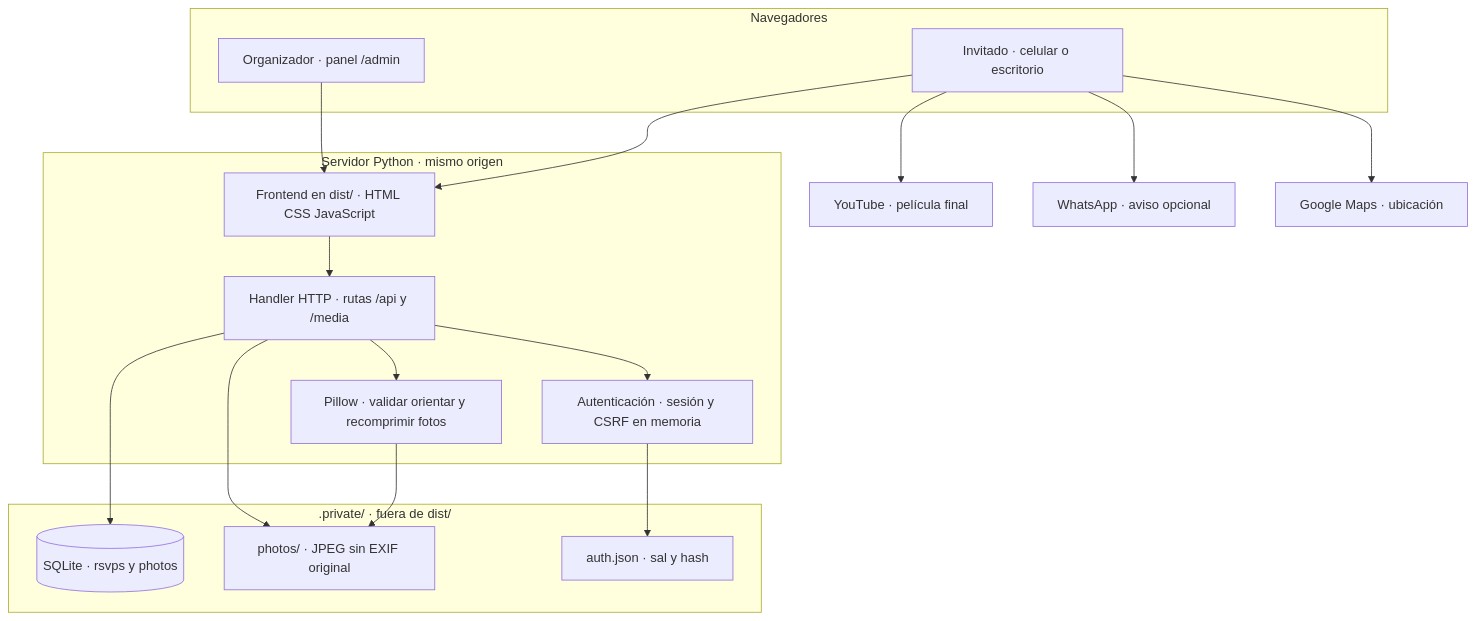
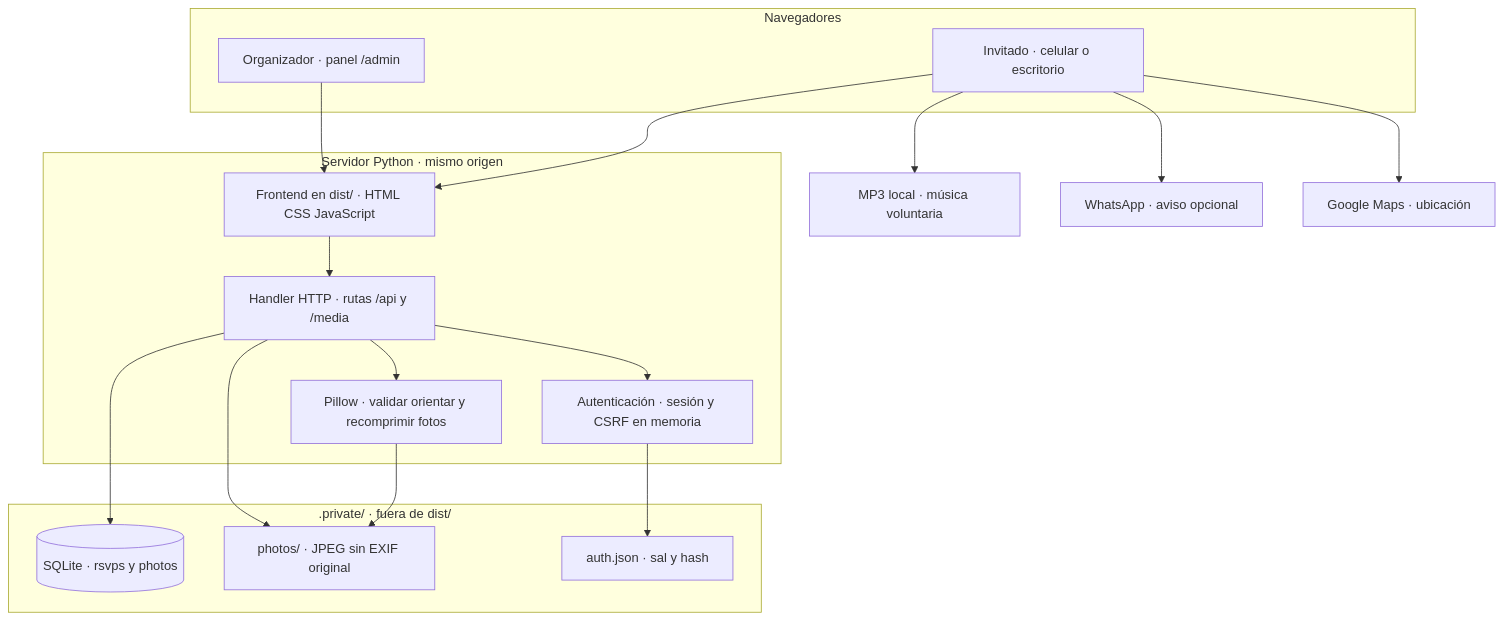
One commit to VectorInside/INVITACION-DE-BODA-KARI-Y-ALEXIS changed the first of 6 diagrams in README.md. Above: the diagram before and after it, drawn with Mermaid. The commit also changed other lines of this file, not shown here.

Commit message:
Reservar película para la boda y documentar portada con música

````diff
--- a/README.md
+++ b/README.md
@@ -215,30 +215,30 @@
 ```mermaid
 flowchart TB
     subgraph Clientes["Navegadores"]
       G["Invitado · celular o escritorio"]
       O["Organizador · panel /admin"]
     end
     subgraph Aplicacion["Servidor Python · mismo origen"]
       F["Frontend en dist/ · HTML CSS JavaScript"]
       H["Handler HTTP · rutas /api y /media"]
       A["Autenticación · sesión y CSRF en memoria"]
       I["Pillow · validar orientar y recomprimir fotos"]
     end
     subgraph Persistencia[".private/ · fuera de dist/"]
       DB[("SQLite · rsvps y photos")]
       P["photos/ · JPEG sin EXIF original"]
       C["auth.json · sal y hash"]
     end
     G --> F
     O --> F
     F --> H
     H --> A
     A --> C
     H --> DB
     H --> I
     I --> P
     H --> P
-    G --> Y["YouTube · película final"]
+    G --> Y["MP3 local · música voluntaria"]
     G --> W["WhatsApp · aviso opcional"]
     G --> M["Google Maps · ubicación"]
 ```
````
